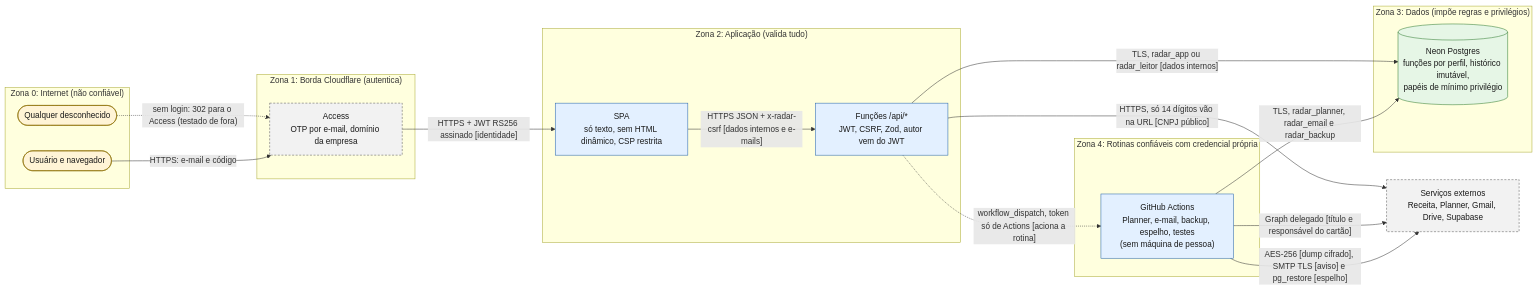
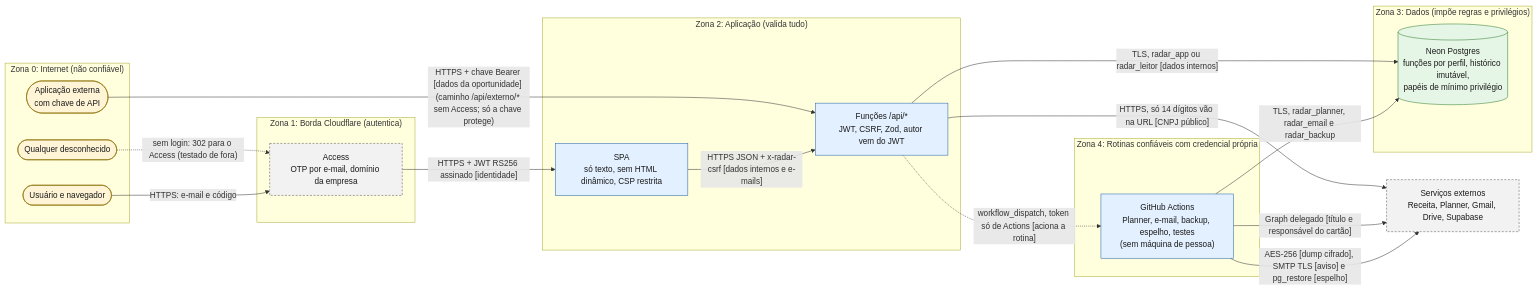
Diagram 20 of 22 in docs/DIAGRAMAS.md (agentanalisedegoverno-svg/dashboard-metrics-team), drawn with Mermaid before and after one commit. The commit also changed other lines of this file and 12 other files, not shown here.

Commit message:
docs: API externa nos diagramas (D1, D2, D4, D17, D18, D19), arquitetura, operação, roadmap e cadastro

````diff
--- a/docs/DIAGRAMAS.md
+++ b/docs/DIAGRAMAS.md
@@ -748,42 +755,44 @@
 ```mermaid
 flowchart LR
   classDef pessoa fill:#fff4d6,stroke:#8a6d00,color:#1a1a1a
   classDef proc fill:#e3f0ff,stroke:#1f5fa8,color:#1a1a1a
   classDef dados fill:#e6f6e6,stroke:#2d7a2d,color:#1a1a1a
   classDef externo fill:#f2f2f2,stroke:#555555,stroke-dasharray:4 3,color:#1a1a1a
 
   subgraph z0["Zona 0: Internet (não confiável)"]
     U(["Usuário e navegador"]):::pessoa
     ATK(["Qualquer desconhecido"]):::pessoa
+    APX(["Aplicação externa<br/>com chave de API"]):::pessoa
   end
 
   subgraph z1["Zona 1: Borda Cloudflare (autentica)"]
     ACC["Access<br/>OTP por e-mail, domínio da empresa"]:::externo
   end
 
   subgraph z2["Zona 2: Aplicação (valida tudo)"]
     SPA["SPA<br/>só texto, sem HTML dinâmico, CSP restrita"]:::proc
     API["Funções /api/*<br/>JWT, CSRF, Zod, autor vem do JWT"]:::proc
   end
 
   subgraph z3["Zona 3: Dados (impõe regras e privilégios)"]
     DB[("Neon Postgres<br/>funções por perfil, histórico imutável,<br/>papéis de mínimo privilégio")]:::dados
   end
 
   subgraph z4["Zona 4: Rotinas confiáveis com credencial própria"]
     GHA["GitHub Actions<br/>Planner, e-mail, backup, espelho, testes<br/>(sem máquina de pessoa)"]:::proc
   end
 
   EXT["Serviços externos<br/>Receita, Planner, Gmail, Drive, Supabase"]:::externo
 
   ATK -.->|"sem login: 302 para o Access (testado de fora)"| ACC
+  APX -->|"HTTPS + chave Bearer [dados da oportunidade] (caminho /api/externo/* sem Access; só a chave protege)"| API
   U -->|"HTTPS: e-mail e código"| ACC
   ACC -->|"HTTPS + JWT RS256 assinado [identidade]"| SPA
   SPA -->|"HTTPS JSON + x-radar-csrf [dados internos e e-mails]"| API
   API -->|"TLS, radar_app ou radar_leitor [dados internos]"| DB
   API -->|"HTTPS, só 14 dígitos vão na URL [CNPJ público]"| EXT
   API -.->|"workflow_dispatch, token só de Actions [aciona a rotina]"| GHA
   GHA -->|"TLS, radar_planner, radar_email e radar_backup"| DB
   GHA -->|"Graph delegado [título e responsável do cartão]"| EXT
   GHA -->|"AES-256 [dump cifrado], SMTP TLS [aviso] e pg_restore [espelho]"| EXT
 ```
````
